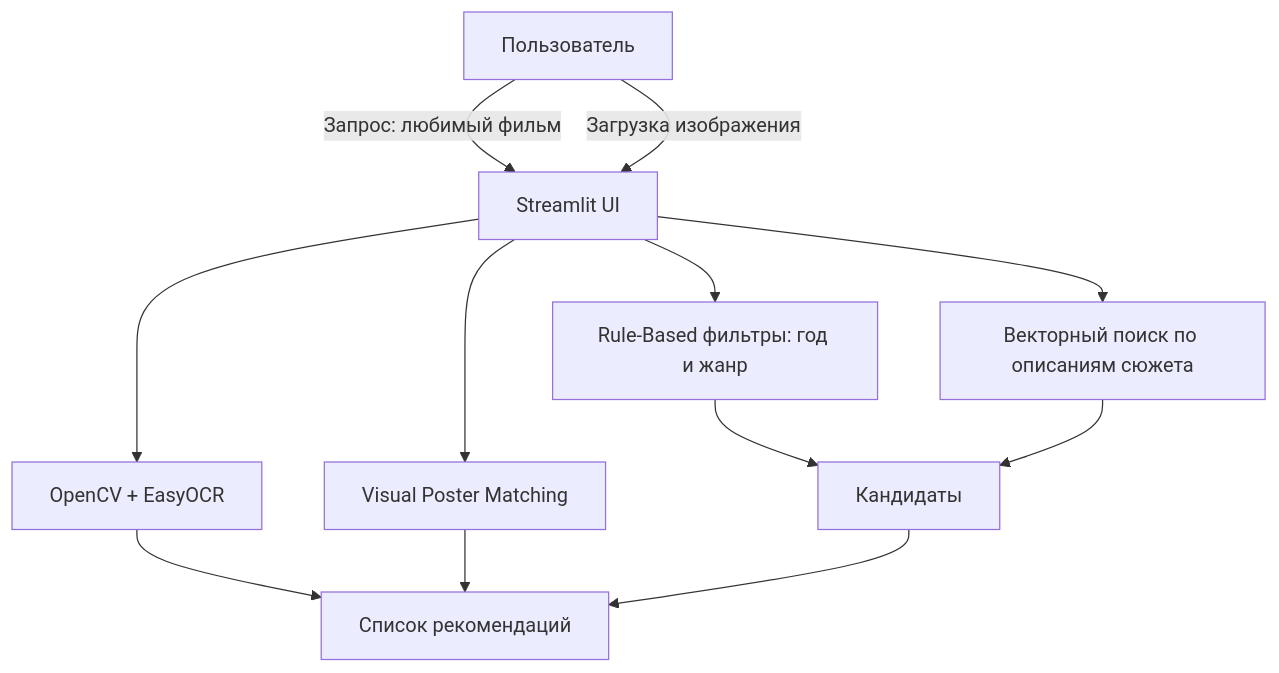
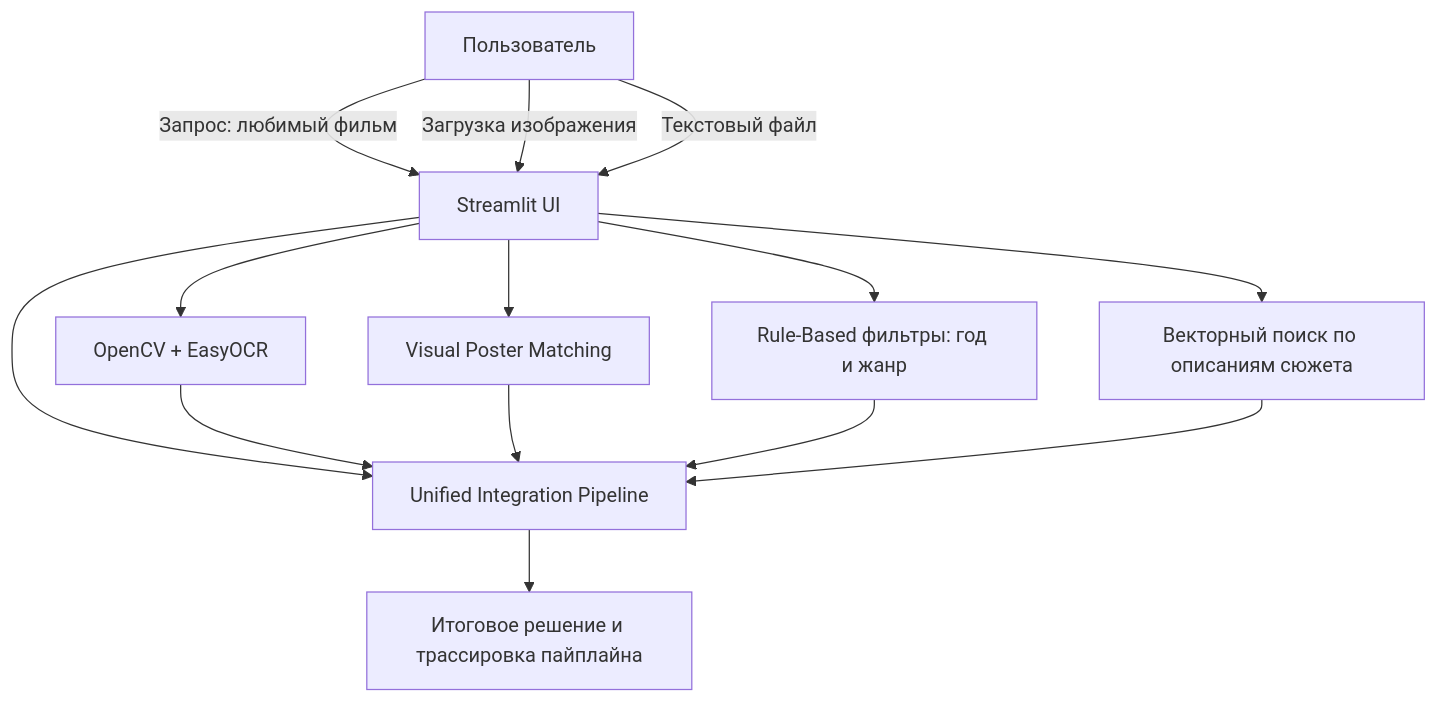
The diagram in README.md (VasilyZ4ytsev/StoryGuide), drawn with Mermaid before and after one commit. The commit also changed other lines of this file and 29 other files, not shown here.

````diff
--- a/README.md
+++ b/README.md
@@ -82,14 +124,16 @@
 ```mermaid
 graph TD;
     A[Пользователь] -->|Запрос: любимый фильм| B[Streamlit UI];
     A -->|Загрузка изображения| B;
+    A -->|Текстовый файл| B;
     B --> C[Rule-Based фильтры: год и жанр];
     B --> D[Векторный поиск по описаниям сюжета];
     B --> E[OpenCV + EasyOCR];
     B --> H[Visual Poster Matching];
-    C --> F[Кандидаты];
-    D --> F;
-    E --> G[OCR + название + тип визуального контента];
-    H --> G[Фильм из датасета по постеру];
-    F --> G[Список рекомендаций];
+    B --> I[Unified Integration Pipeline];
+    E --> I;
+    H --> I;
+    C --> I;
+    D --> I;
+    I --> G[Итоговое решение и трассировка пайплайна];
 ```
````
